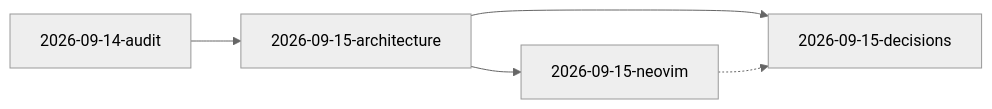
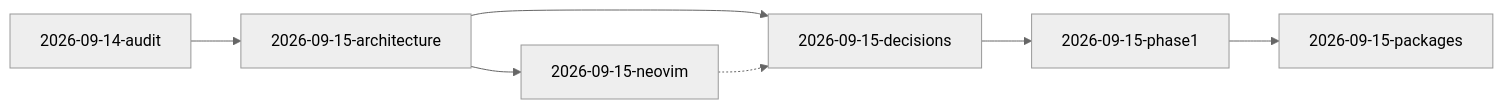
Before and after one commit to ART-Laus/nixos-config: the diagram in docs/devlog.md, drawn with Mermaid (neutral theme). The commit also changed other lines of this file and 11 other files, not shown here.

````diff
--- a/docs/devlog.md
+++ b/docs/devlog.md
@@ -62,7 +64,9 @@
 ```mermaid
 graph LR
   A[2026-09-14-audit] --> B[2026-09-15-architecture]
   B --> C[2026-09-15-neovim]
   B --> D[2026-09-15-decisions]
   C -.-> D
+  D --> P1[2026-09-15-phase1]
+  P1 --> PK[2026-09-15-packages]
 ```
````
